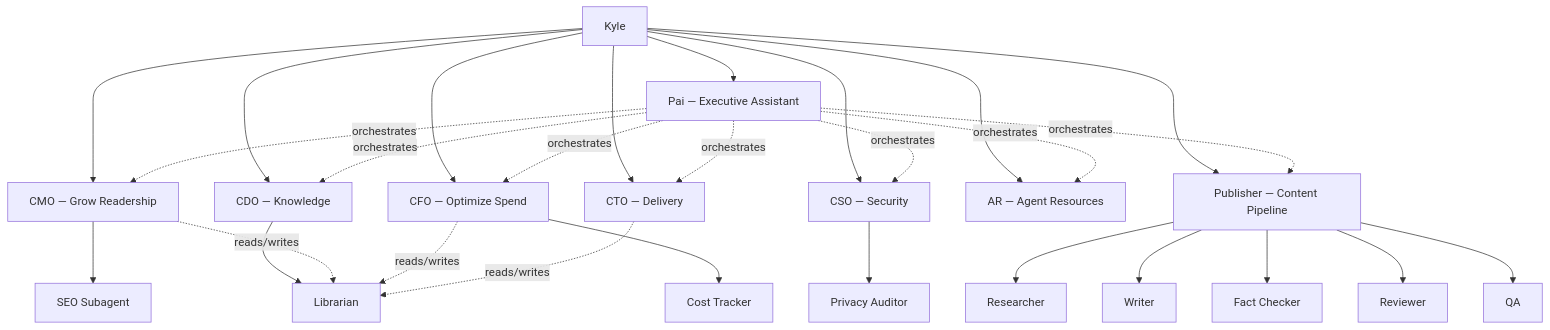
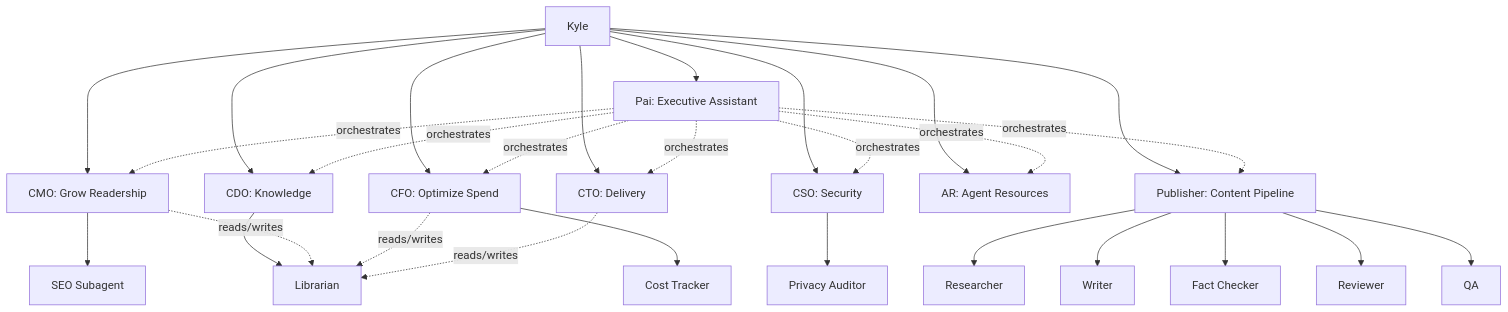
Before and after one commit to kylep/multi: the diagram in apps/blog/blog/markdown/posts/agent-org-chart.md, drawn with Mermaid. The commit also changed other lines of this file and 40 other files, not shown here.

````diff
--- a/apps/blog/blog/markdown/posts/agent-org-chart.md
+++ b/apps/blog/blog/markdown/posts/agent-org-chart.md
@@ -111,55 +103,55 @@
 ```mermaid
 graph TD
     Kyle["Kyle"]
-    Pai["Pai — Executive Assistant"]
-    CMO["CMO — Grow Readership"]
-    CFO["CFO — Optimize Spend"]
-    CTO["CTO — Delivery"]
-    CDO["CDO — Knowledge"]
-    CSO["CSO — Security"]
-    AR["AR — Agent Resources"]
-    Publisher["Publisher — Content Pipeline"]
+    Pai["Pai: Executive Assistant"]
+    CMO["CMO: Grow Readership"]
+    CFO["CFO: Optimize Spend"]
+    CTO["CTO: Delivery"]
+    CDO["CDO: Knowledge"]
+    CSO["CSO: Security"]
+    AR["AR: Agent Resources"]
+    Publisher["Publisher: Content Pipeline"]
 
     SEO["SEO Subagent"]
     CostTracker["Cost Tracker"]
     Librarian["Librarian"]
     PrivacyAuditor["Privacy Auditor"]
 
     Researcher["Researcher"]
     Writer["Writer"]
     FactChecker["Fact Checker"]
     Reviewer["Reviewer"]
     QA["QA"]
 
     Kyle --> Pai
     Kyle --> CMO
     Kyle --> CFO
     Kyle --> CTO
     Kyle --> CDO
     Kyle --> CSO
     Kyle --> AR
     Kyle --> Publisher
 
     Pai -.->|orchestrates| CMO
     Pai -.->|orchestrates| CFO
     Pai -.->|orchestrates| CTO
     Pai -.->|orchestrates| CDO
     Pai -.->|orchestrates| CSO
     Pai -.->|orchestrates| AR
     Pai -.->|orchestrates| Publisher
 
     CMO --> SEO
     CFO --> CostTracker
     CDO --> Librarian
     CSO --> PrivacyAuditor
 
     CMO -.->|reads/writes| Librarian
     CFO -.->|reads/writes| Librarian
     CTO -.->|reads/writes| Librarian
 
     Publisher --> Researcher
     Publisher --> Writer
     Publisher --> FactChecker
     Publisher --> Reviewer
     Publisher --> QA
 ```
````
